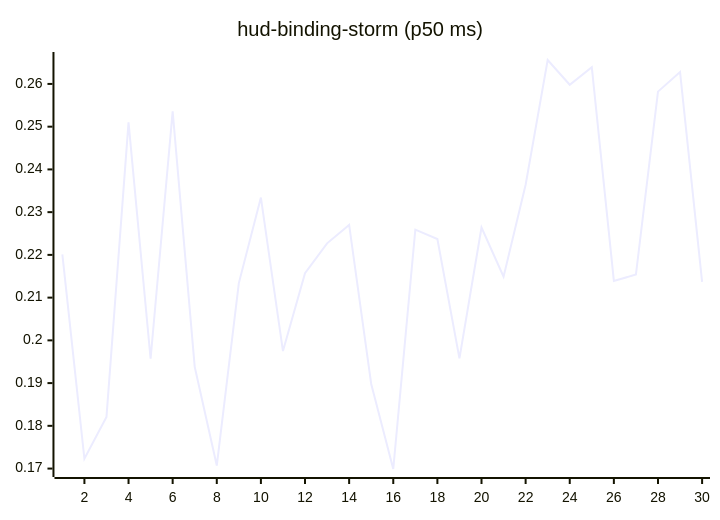
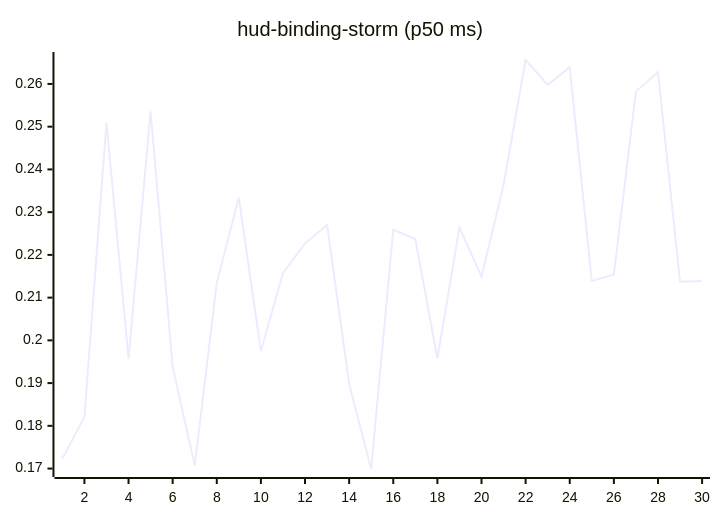
One commit to josha/Facet changed the tenth of 27 diagrams in README.md. Above: the diagram before and after it, drawn with Mermaid. The commit also changed other lines of this file and 2 other files, not shown here.

````diff
--- a/README.md
+++ b/README.md
@@ -126,6 +126,6 @@
 ```mermaid
 xychart-beta
     title "hud-binding-storm (p50 ms)"
     x-axis 1 --> 30
-    line [0.2201, 0.1723, 0.1821, 0.2510, 0.1957, 0.2536, 0.1938, 0.1707, 0.2134, 0.2334, 0.1975, 0.2157, 0.2227, 0.2270, 0.1898, 0.1699, 0.2259, 0.2237, 0.1958, 0.2264, 0.2149, 0.2364, 0.2656, 0.2598, 0.2639, 0.2139, 0.2154, 0.2582, 0.2628, 0.2137]
+    line [0.1723, 0.1821, 0.2510, 0.1957, 0.2536, 0.1938, 0.1707, 0.2134, 0.2334, 0.1975, 0.2157, 0.2227, 0.2270, 0.1898, 0.1699, 0.2259, 0.2237, 0.1958, 0.2264, 0.2149, 0.2364, 0.2656, 0.2598, 0.2639, 0.2139, 0.2154, 0.2582, 0.2628, 0.2137, 0.2139]
 ```
````
